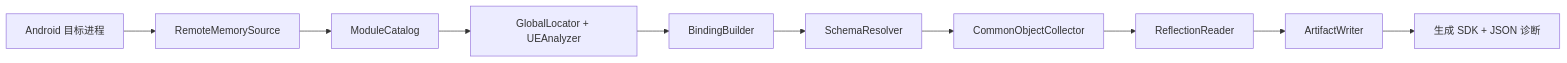
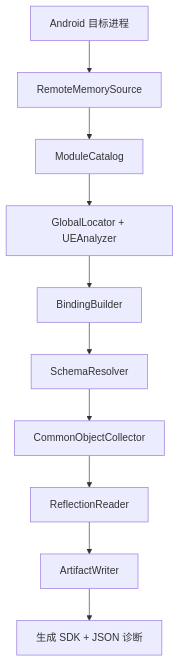
One commit to Ezeny1337/AndUEFker changed the diagram in README_zh.md. Above: the diagram before and after it, drawn with Mermaid. The commit also changed other lines of this file and 1 other file, not shown here.

````diff
--- a/README_zh.md
+++ b/README_zh.md
@@ -29,12 +29,12 @@
 ```mermaid
-flowchart LR
+flowchart TD
     A[Android 目标进程] --> B[RemoteMemorySource]
     B --> C[ModuleCatalog]
     C --> D[GlobalLocator + UEAnalyzer]
     D --> E[BindingBuilder]
     E --> F[SchemaResolver]
     F --> G[CommonObjectCollector]
     G --> H[ReflectionReader]
     H --> I[ArtifactWriter]
     I --> J[生成 SDK + JSON 诊断]
 ```
````
